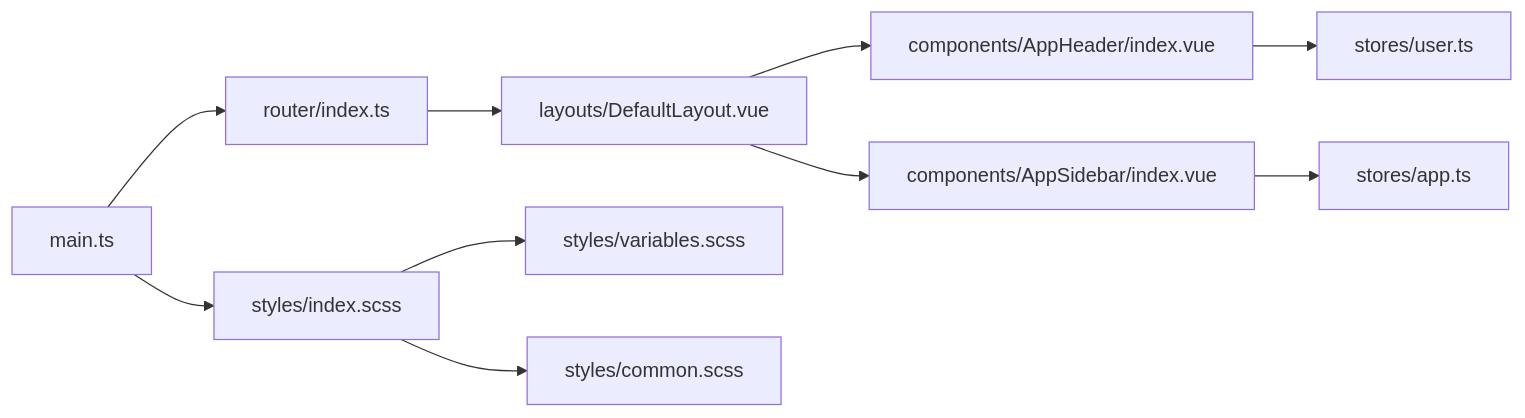
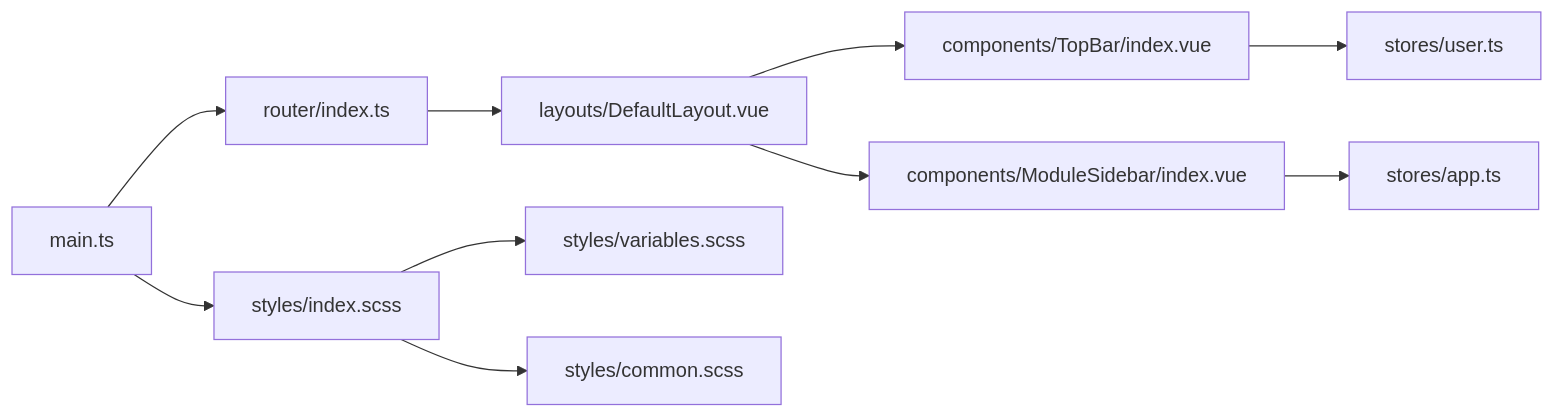
The seventh of 7 diagrams in .AI/Wiki/Web 管理后台/路由与布局.md (War-Blood/WX_APP_OA), drawn with Mermaid before and after one commit. The commit also changed other lines of this file and 107 other files, not shown here.

````diff
--- a/.AI/Wiki/Web 管理后台/路由与布局.md
+++ b/.AI/Wiki/Web 管理后台/路由与布局.md
@@ -340,12 +340,12 @@
 ```mermaid
 graph LR
 ROUTER["router/index.ts"] --> LAYOUT["layouts/DefaultLayout.vue"]
-LAYOUT --> HEADER["components/AppHeader/index.vue"]
-LAYOUT --> SIDEBAR["components/AppSidebar/index.vue"]
+LAYOUT --> HEADER["components/TopBar/index.vue"]
+LAYOUT --> SIDEBAR["components/ModuleSidebar/index.vue"]
 HEADER --> USER_STORE["stores/user.ts"]
 SIDEBAR --> APP_STORE["stores/app.ts"]
 MAIN["main.ts"] --> ROUTER
 MAIN --> STYLES["styles/index.scss"]
 STYLES --> VARS["styles/variables.scss"]
 STYLES --> COMMON["styles/common.scss"]
 ```
````
